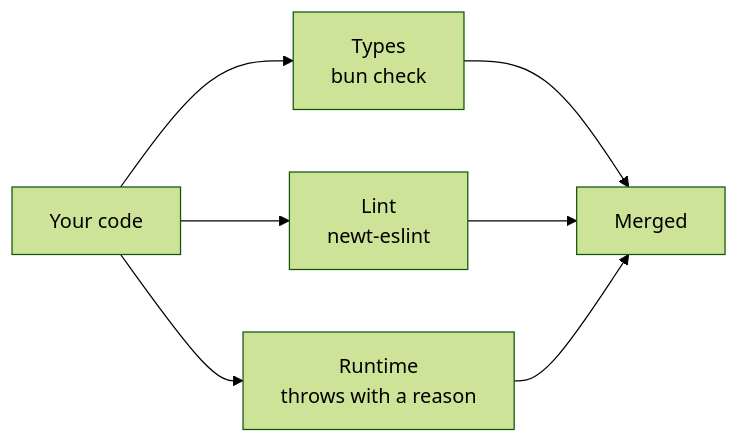
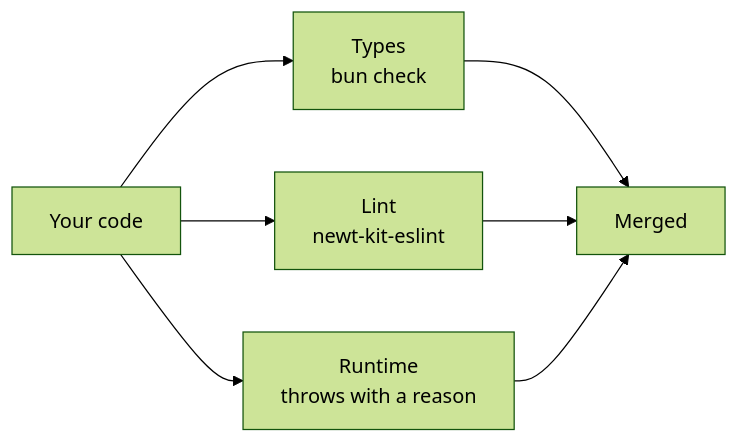
Before and after one commit to aromero86/newt: the third of 3 diagrams in web/manual/01-why-newt.md, drawn with Mermaid (forest theme). The commit also changed other lines of this file and 641 other files, not shown here.

````diff
--- a/web/manual/01-why-newt.md
+++ b/web/manual/01-why-newt.md
@@ -186,9 +186,9 @@
 ```mermaid
 flowchart LR
   CODE["Your code"] --> TYPES["Types<br/>bun check"]
-  CODE --> LINT["Lint<br/>newt-eslint"]
+  CODE --> LINT["Lint<br/>newt-kit-eslint"]
   CODE --> RUN["Runtime<br/>throws with a reason"]
   TYPES --> OK["Merged"]
   LINT --> OK
   RUN --> OK
 ```
````
